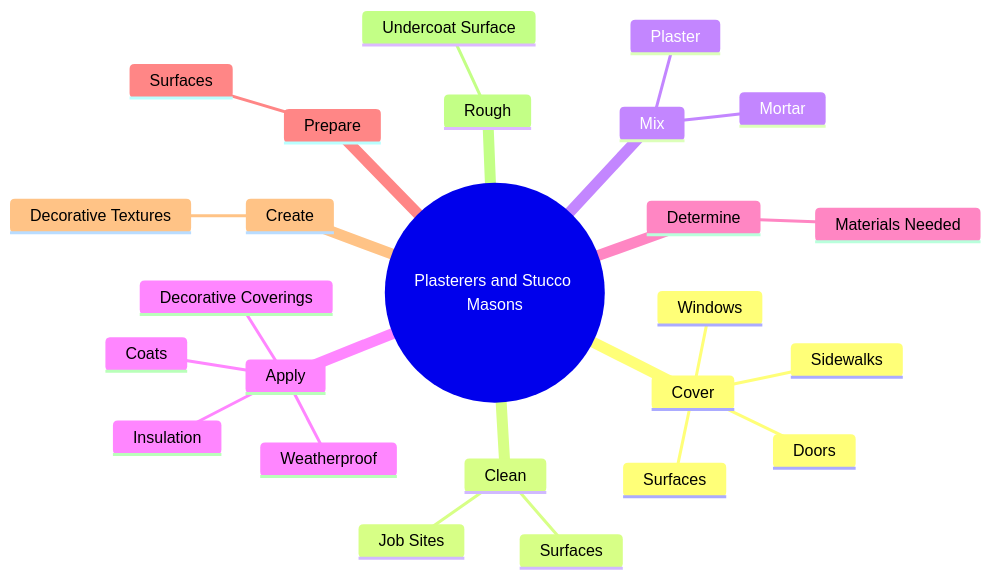
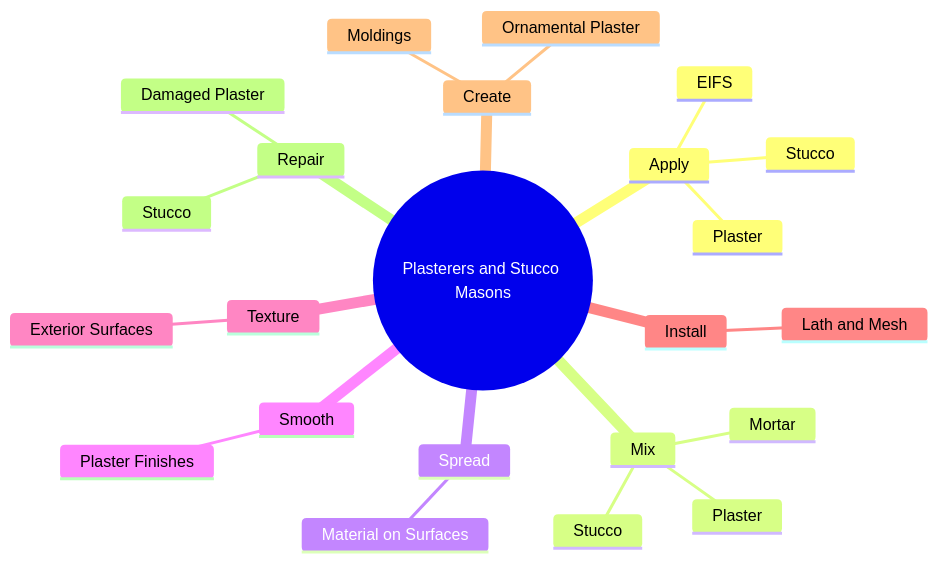
The second of 4 diagrams in occupations/Construction/PlasterersAndStuccoMasons.mdx (kziemski/business.org.ai), drawn with Mermaid before and after one commit. The commit also changed other lines of this file and 938 other files, not shown here.

````diff
--- a/occupations/Construction/PlasterersAndStuccoMasons.mdx
+++ b/occupations/Construction/PlasterersAndStuccoMasons.mdx
@@ -37,28 +47,26 @@
 ```mermaid
 mindmap
     root(("Plasterers and Stucco Masons"))
-        Cover
-            Surfaces
-            Windows
-            Doors
-            Sidewalks
-        Clean
-            Job Sites
-            Surfaces
+        Apply
+            Plaster
+            Stucco
+            EIFS
         Mix
+            Plaster
+            Stucco
             Mortar
-            Plaster
-        Apply
-            Coats
-            Weatherproof
-            Decorative Coverings
-            Insulation
-        Determine
-            Materials Needed
-        Prepare
-            Surfaces
+        Spread
+            Material on Surfaces
+        Smooth
+            Plaster Finishes
+        Texture
+            Exterior Surfaces
+        Install
+            Lath and Mesh
         Create
-            Decorative Textures
-        Rough
-            Undercoat Surface
+            Ornamental Plaster
+            Moldings
+        Repair
+            Damaged Plaster
+            Stucco
 ```
````
